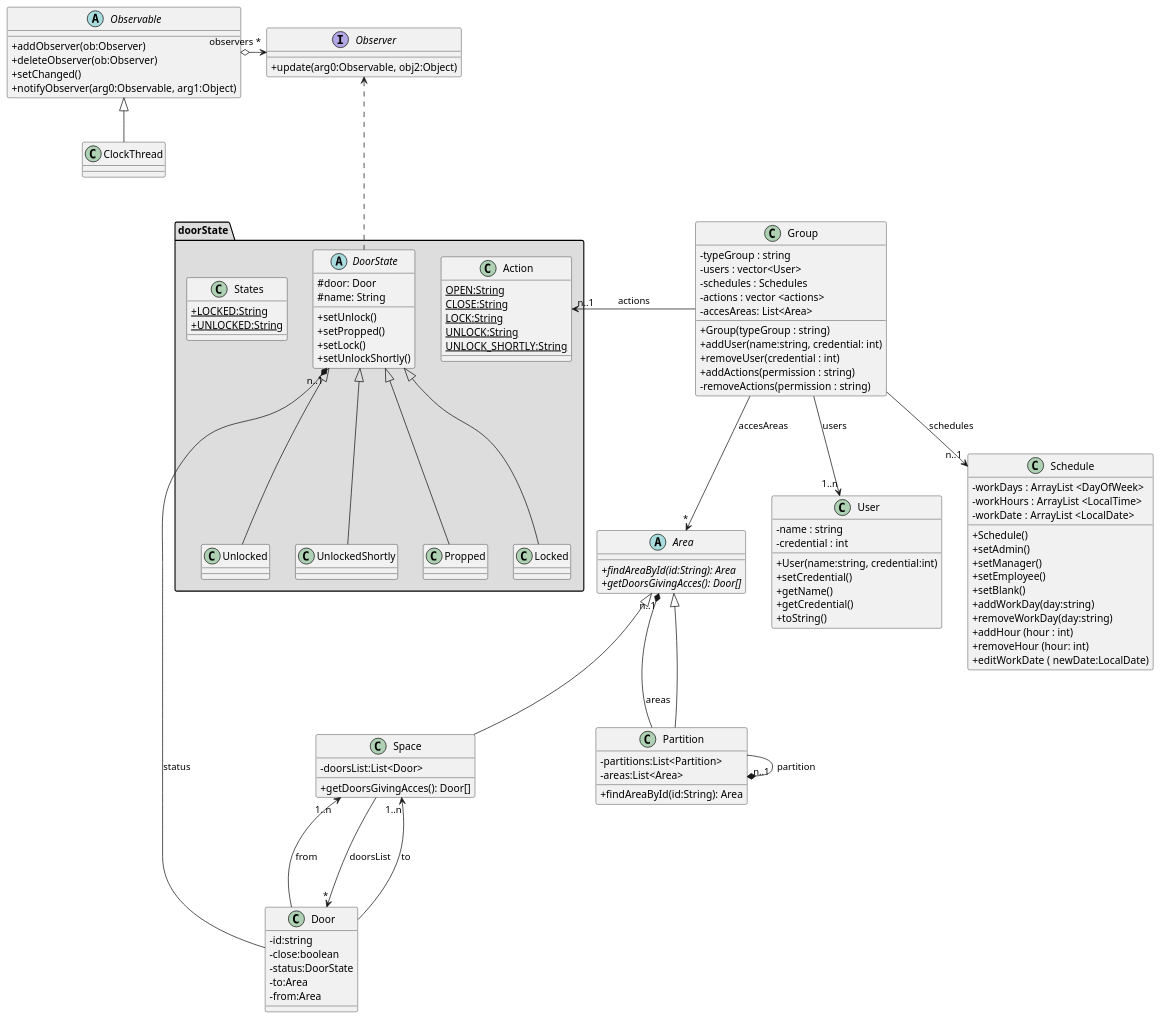
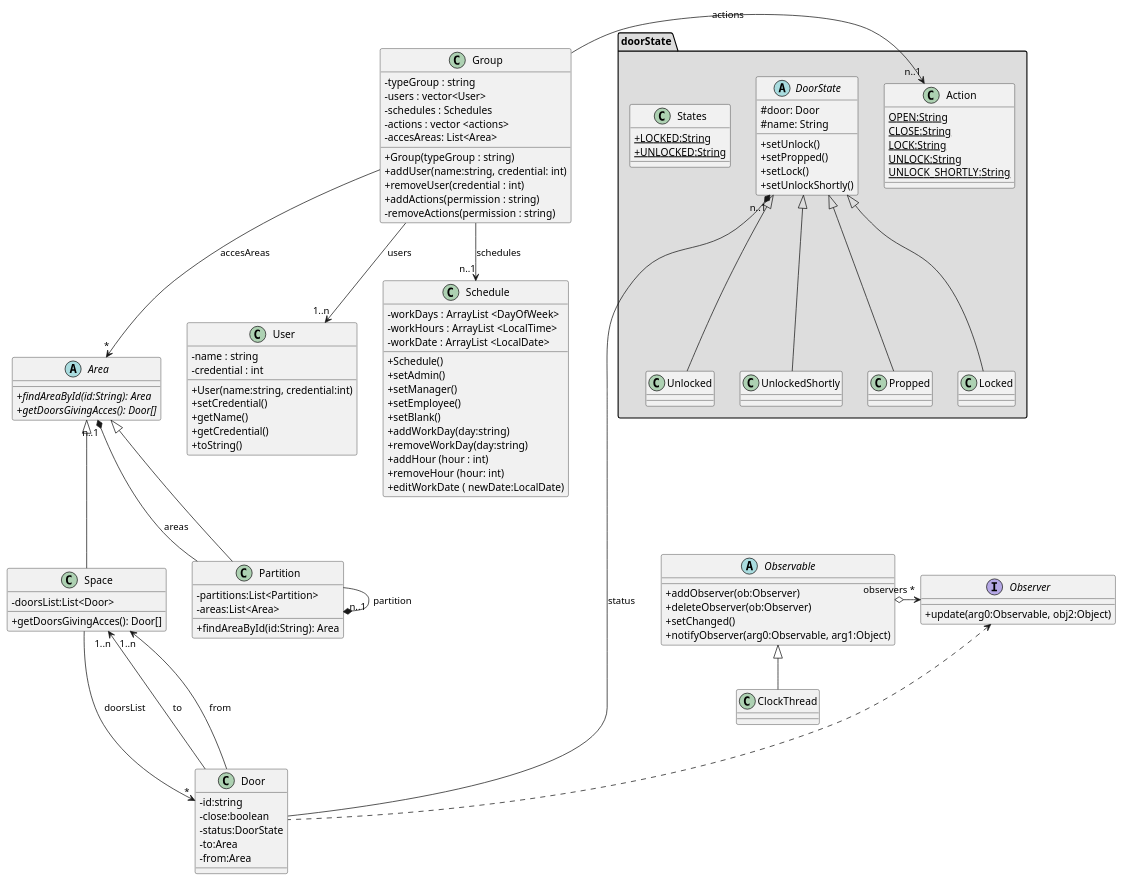
The diagram in src/baseNoStates/uml/class.puml (cuevc/PlabDs), drawn with PlantUML before and after one commit. The commit also changed 13 other files, not shown here.

Commit message:
new door state classes and nuew diagram

```diff
--- a/src/baseNoStates/uml/class.puml
+++ b/src/baseNoStates/uml/class.puml
@@ -1,156 +1,156 @@
 @startuml
 skinparam classAttributeIconSize 0
 ' this is to use the standard notation for public, protected, private
 
 class User {
 - name : string
 - credential : int
 + User(name:string, credential:int)
 + setCredential()
 + getName()
 + getCredential()
 + toString()
 }
 
 
 
 class Group{
     - typeGroup : string
     - users : vector<User>
     - schedules : Schedules
     - actions : vector <actions>
     - accesAreas: List<Area>
 
 
    + Group(typeGroup : string)
    + addUser(name:string, credential: int)
    + removeUser(credential : int)
    + addActions(permission : string)
    - removeActions(permission : string)
 
 }
 
 
 class Schedule{
     - workDays : ArrayList <DayOfWeek>
     - workHours : ArrayList <LocalTime>
     - workDate : ArrayList <LocalDate>
 
     + Schedule()
     + setAdmin()
     + setManager()
     + setEmployee()
     + setBlank()
     + addWorkDay(day:string)
     + removeWorkDay(day:string)
     + addHour (hour : int)
     + removeHour (hour: int)
     + editWorkDate ( newDate:LocalDate)
 
 }
 
 
 class Door{
     -id:string
     -close:boolean
     -status:DoorState
     -to:Area
     -from:Area
 }
 
 namespace doorState #DDDDDD{
     class States{
        +{static}LOCKED:String
        +{static}UNLOCKED:String
     }
 
     class Action{
         {static}OPEN:String
         {static}CLOSE:String
         {static}LOCK:String
         {static}UNLOCK:String
         {static}UNLOCK_SHORTLY:String
     }
 
     abstract DoorState{
         #door: Door
         #name: String
         +setUnlock()
         +setPropped()
         +setLock()
         +setUnlockShortly()
     }
 
     class Unlocked extends DoorState{
 
     }
 
     class UnlockedShortly extends DoorState{
 
     }
 
     class Propped extends DoorState{
 
     }
 
     class Locked extends DoorState{
 
     }
 }
 
 
 abstract Area{
     {abstract}+findAreaById(id:String): Area
     {abstract}+getDoorsGivingAcces(): Door[]
 }
 
 class Partition extends Area{
     -partitions:List<Partition>
     -areas:List<Area>
 
     +findAreaById(id:String): Area
 }
 
  class Space Extends Area{
     -doorsList:List<Door>
 
     +getDoorsGivingAcces(): Door[]
 }
 
 
 abstract Observable{
     +addObserver(ob:Observer)
     +deleteObserver(ob:Observer)
     +setChanged()
     +notifyObserver(arg0:Observable, arg1:Object)
 }
 
 interface Observer{
     +update(arg0:Observable, obj2:Object)
 }
 
 
 class ClockThread extends Observable{
 
 }
 
 Group -left-> "n..1" Action : actions
 Group -down-> "n..1" Schedule : schedules
 Group -down-> "1..n"  User: users
 
 
 Door --up->"1..n" Space: to
 Door --up->"1..n" Space: from
 Door -right-*"n..1" DoorState : status
 
 Partition --right*"n..1" Partition : partition
 Partition --down*"n..1" Area: areas
 
 Space --down->"*" Door:doorsList
 
 Group -->"*" Area: accesAreas
 
 Observable o-right-> "observers *" Observer
 
-DoorState ..Up.> Observer
+Door ..Up.> Observer
 @enduml
```
